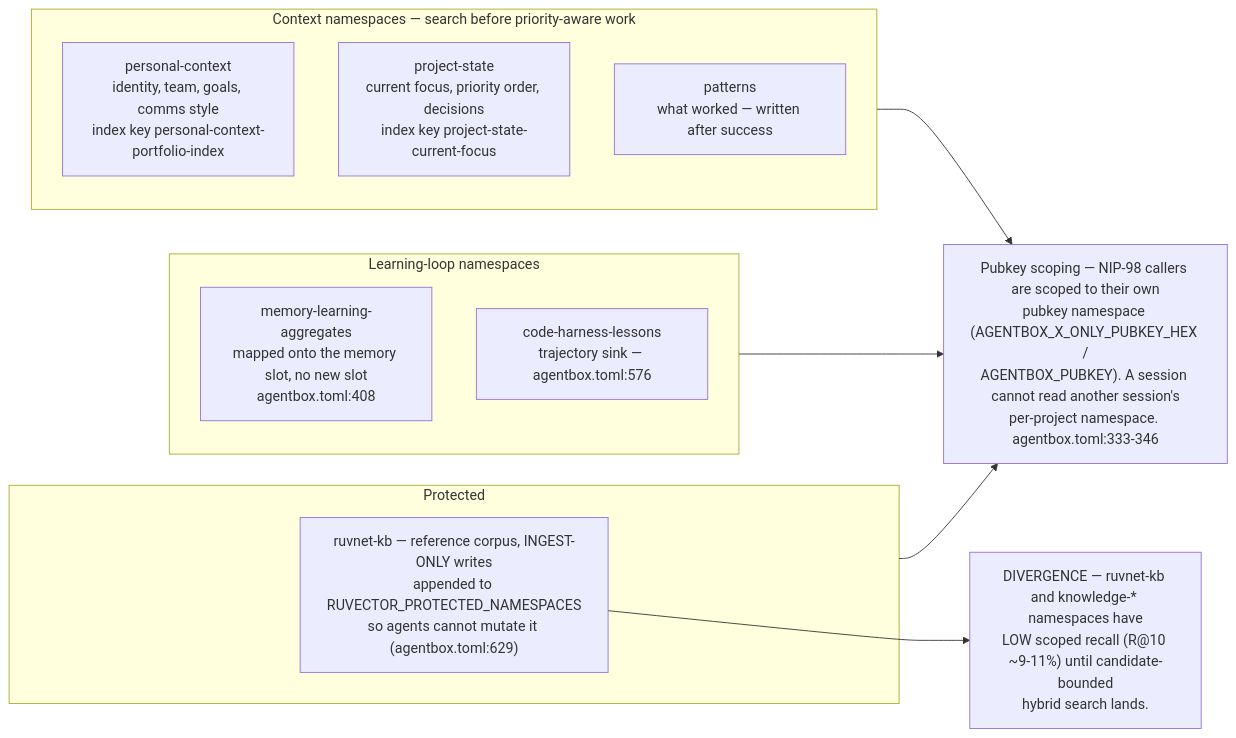
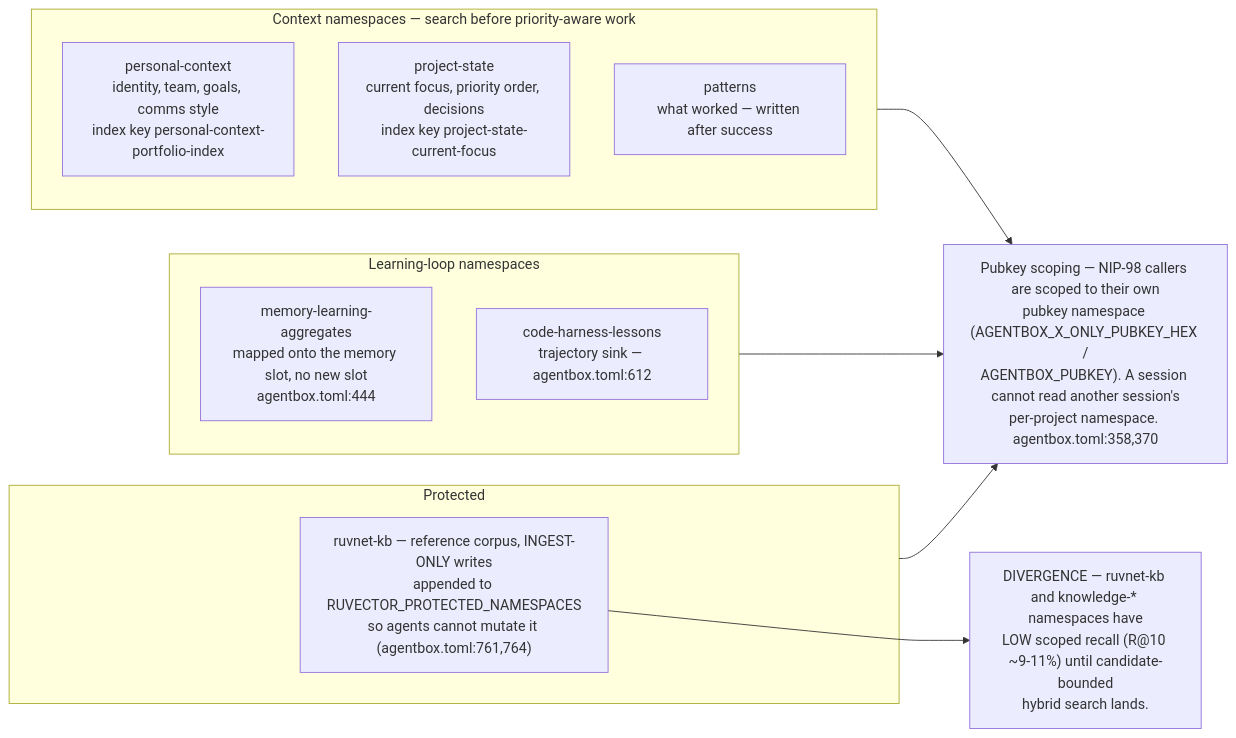
The fifth of 10 diagrams in docs/diagrams/estate/07-memory-and-embedding-estate.md (DreamLab-AI/VisionFlow), drawn with Mermaid before and after one commit. The commit also changed other lines of this file and 12 other files, not shown here.

````diff
--- a/docs/diagrams/estate/07-memory-and-embedding-estate.md
+++ b/docs/diagrams/estate/07-memory-and-embedding-estate.md
@@ -160,22 +160,22 @@
 ```mermaid
 flowchart LR
     subgraph ctx["Context namespaces — search before priority-aware work"]
         N1["personal-context<br/>identity, team, goals, comms style<br/>index key personal-context-portfolio-index"]
         N2["project-state<br/>current focus, priority order, decisions<br/>index key project-state-current-focus"]
         N3["patterns<br/>what worked — written after success"]
     end
     subgraph learn["Learning-loop namespaces"]
-        N4["memory-learning-aggregates<br/>mapped onto the memory slot, no new slot<br/>agentbox.toml:408"]
-        N5["code-harness-lessons<br/>trajectory sink — agentbox.toml:576"]
+        N4["memory-learning-aggregates<br/>mapped onto the memory slot, no new slot<br/>agentbox.toml:444"]
+        N5["code-harness-lessons<br/>trajectory sink — agentbox.toml:612"]
     end
     subgraph prot["Protected"]
-        N6["ruvnet-kb — reference corpus, INGEST-ONLY writes<br/>appended to RUVECTOR_PROTECTED_NAMESPACES<br/>so agents cannot mutate it (agentbox.toml:629)"]
+        N6["ruvnet-kb — reference corpus, INGEST-ONLY writes<br/>appended to RUVECTOR_PROTECTED_NAMESPACES<br/>so agents cannot mutate it (agentbox.toml:761,764)"]
     end
-    SCOPE["Pubkey scoping — NIP-98 callers are scoped to their own<br/>pubkey namespace (AGENTBOX_X_ONLY_PUBKEY_HEX /<br/>AGENTBOX_PUBKEY). A session cannot read another session's<br/>per-project namespace. agentbox.toml:333-346"]
+    SCOPE["Pubkey scoping — NIP-98 callers are scoped to their own<br/>pubkey namespace (AGENTBOX_X_ONLY_PUBKEY_HEX /<br/>AGENTBOX_PUBKEY). A session cannot read another session's<br/>per-project namespace. agentbox.toml:358,370"]
     LOW["DIVERGENCE — ruvnet-kb and knowledge-* namespaces have<br/>LOW scoped recall (R@10 ~9-11%) until candidate-bounded<br/>hybrid search lands."]
 
     ctx --> SCOPE
     learn --> SCOPE
     prot --> SCOPE
     N6 --> LOW
 ```
````
